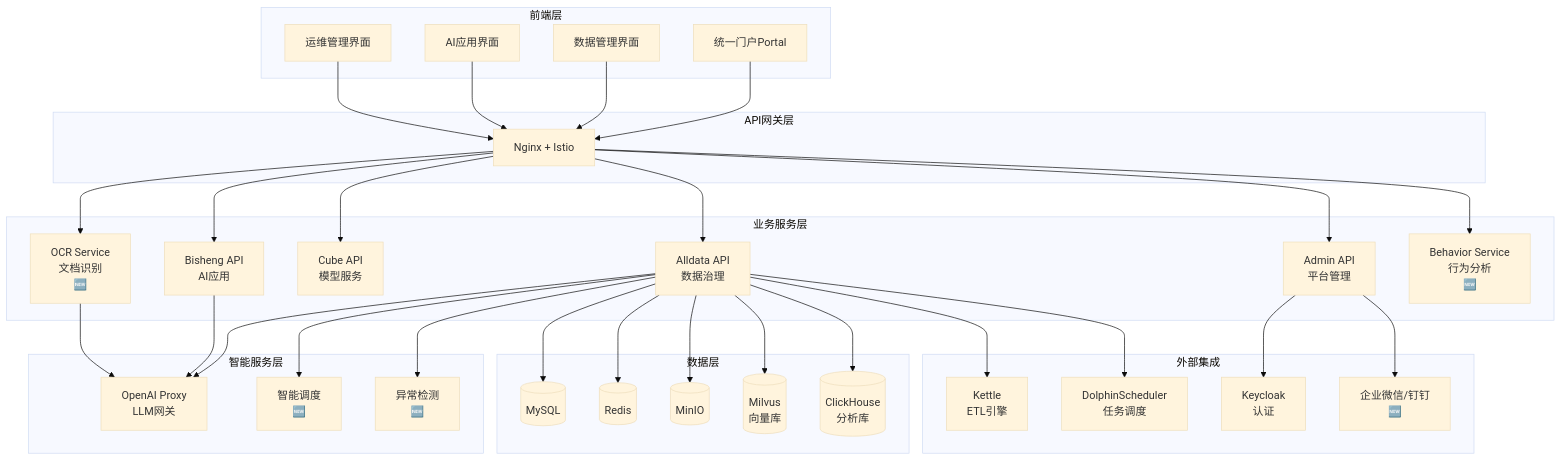
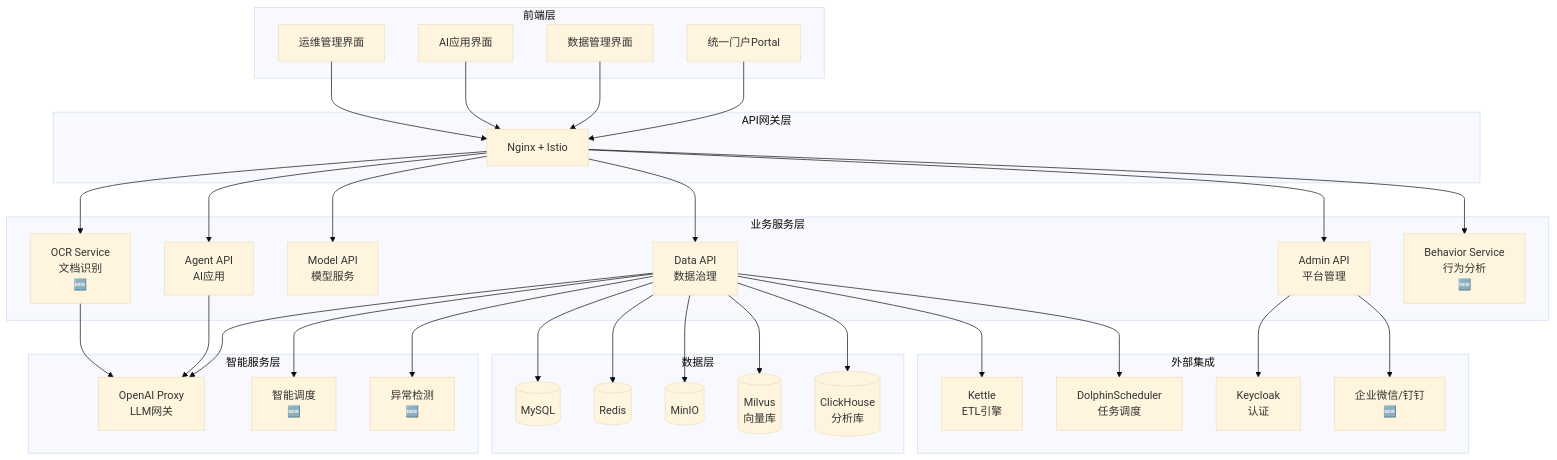
The fifth of 5 diagrams in docs/05-planning/implementation-plan.md (iannil/one-data-studio), drawn with Mermaid (base theme) before and after one commit. The commit also changed other lines of this file and 228 other files, not shown here.

````diff
--- a/docs/05-planning/implementation-plan.md
+++ b/docs/05-planning/implementation-plan.md
@@ -458,73 +458,73 @@
 ```mermaid
 graph TB
     subgraph "前端层"
         P1[统一门户Portal]
         P2[数据管理界面]
         P3[AI应用界面]
         P4[运维管理界面]
     end
 
     subgraph "API网关层"
         GW[Nginx + Istio]
     end
 
     subgraph "业务服务层"
-        A1[Alldata API<br/>数据治理]
-        A2[Bisheng API<br/>AI应用]
-        A3[Cube API<br/>模型服务]
+        A1[Data API<br/>数据治理]
+        A2[Agent API<br/>AI应用]
+        A3[Model API<br/>模型服务]
         A4[Admin API<br/>平台管理]
         A5[OCR Service<br/>文档识别<br/>🆕]
         A6[Behavior Service<br/>行为分析<br/>🆕]
     end
 
     subgraph "智能服务层"
         I1[OpenAI Proxy<br/>LLM网关]
         I2[智能调度<br/>🆕]
         I3[异常检测<br/>🆕]
     end
 
     subgraph "数据层"
         D1[(MySQL)]
         D2[(Redis)]
         D3[(MinIO)]
         D4[(Milvus<br/>向量库)]
         D5[(ClickHouse<br/>分析库)]
     end
 
     subgraph "外部集成"
         E1[Kettle<br/>ETL引擎]
         E2[DolphinScheduler<br/>任务调度]
         E3[Keycloak<br/>认证]
         E4[企业微信/钉钉<br/>🆕]
     end
 
     P1 --> GW
     P2 --> GW
     P3 --> GW
     P4 --> GW
 
     GW --> A1
     GW --> A2
     GW --> A3
     GW --> A4
     GW --> A5
     GW --> A6
 
     A1 --> I1
     A2 --> I1
     A5 --> I1
 
     A1 --> I2
     A1 --> I3
 
     A1 --> E1
     A1 --> E2
     A4 --> E3
     A4 --> E4
 
     A1 --> D1
     A1 --> D2
     A1 --> D3
     A1 --> D4
     A1 --> D5
 ```
````
